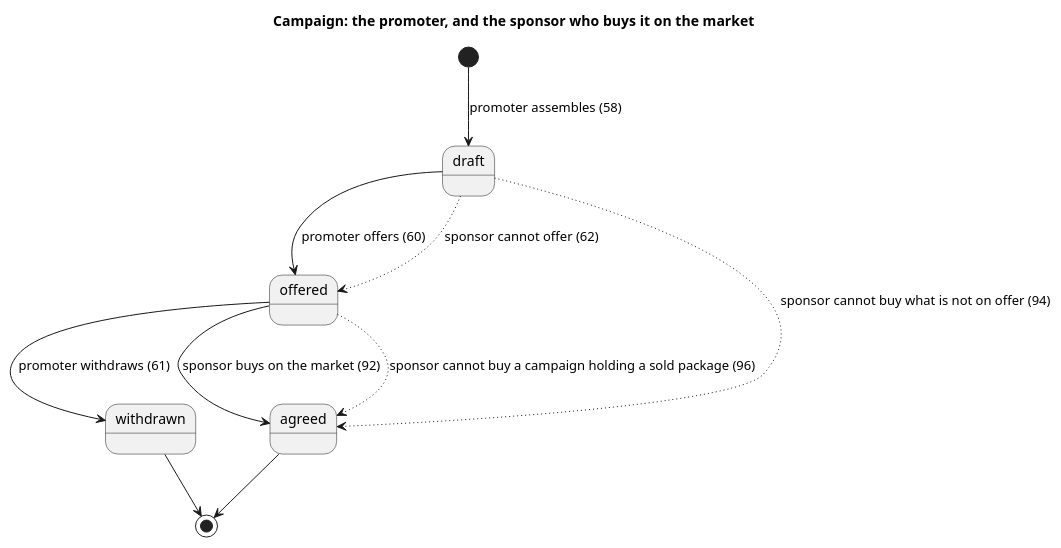
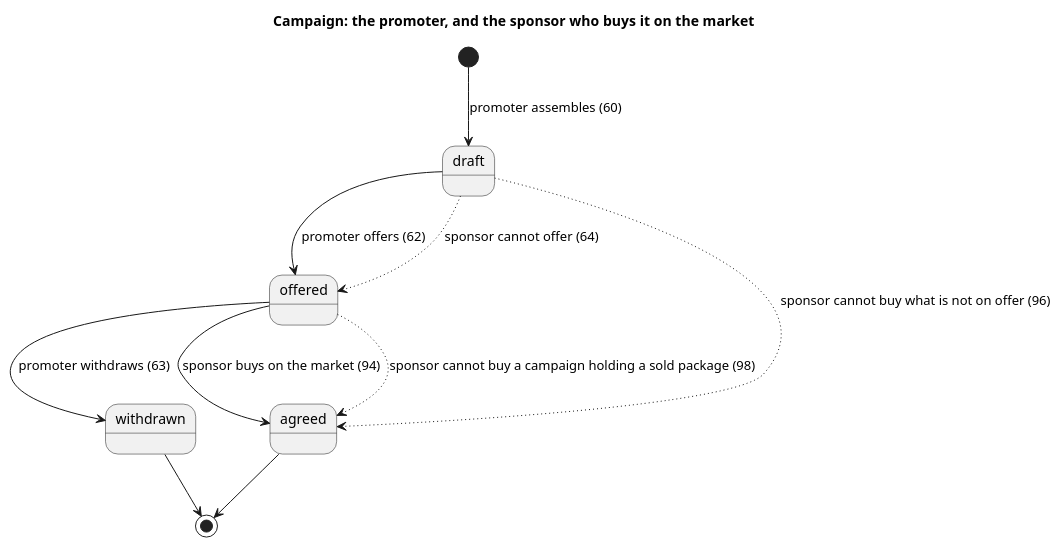
The diagram in uml/londons/src/campaign.puml (blueshed/dzql), drawn with PlantUML before and after one commit. The commit also changed 15 other files, not shown here.

```diff
--- a/uml/londons/src/campaign.puml
+++ b/uml/londons/src/campaign.puml
@@ -1,12 +1,12 @@
 @startuml
 title Campaign: the promoter, and the sponsor who buys it on the market
-[*] --> draft : promoter assembles (58)
-draft --> offered : promoter offers (60)
-offered --> withdrawn : promoter withdraws (61)
-offered --> agreed : sponsor buys on the market (92)
-draft -[dotted]-> offered : sponsor cannot offer (62)
-draft -[dotted]-> agreed : sponsor cannot buy what is not on offer (94)
-offered -[dotted]-> agreed : sponsor cannot buy a campaign holding a sold package (96)
+[*] --> draft : promoter assembles (60)
+draft --> offered : promoter offers (62)
+offered --> withdrawn : promoter withdraws (63)
+offered --> agreed : sponsor buys on the market (94)
+draft -[dotted]-> offered : sponsor cannot offer (64)
+draft -[dotted]-> agreed : sponsor cannot buy what is not on offer (96)
+offered -[dotted]-> agreed : sponsor cannot buy a campaign holding a sold package (98)
 withdrawn --> [*]
 agreed --> [*]
 @enduml
```
